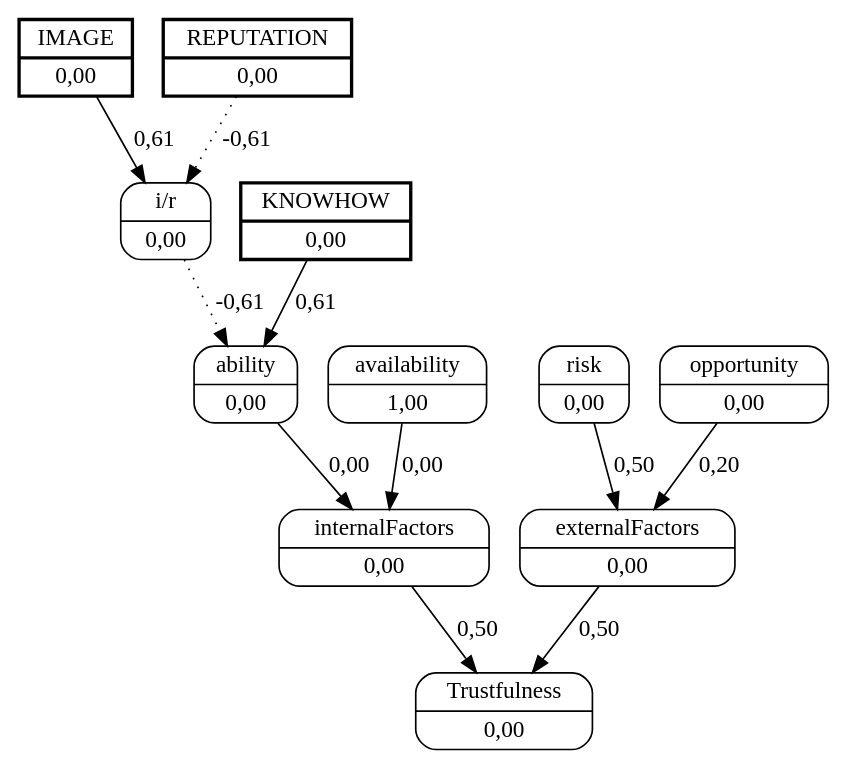
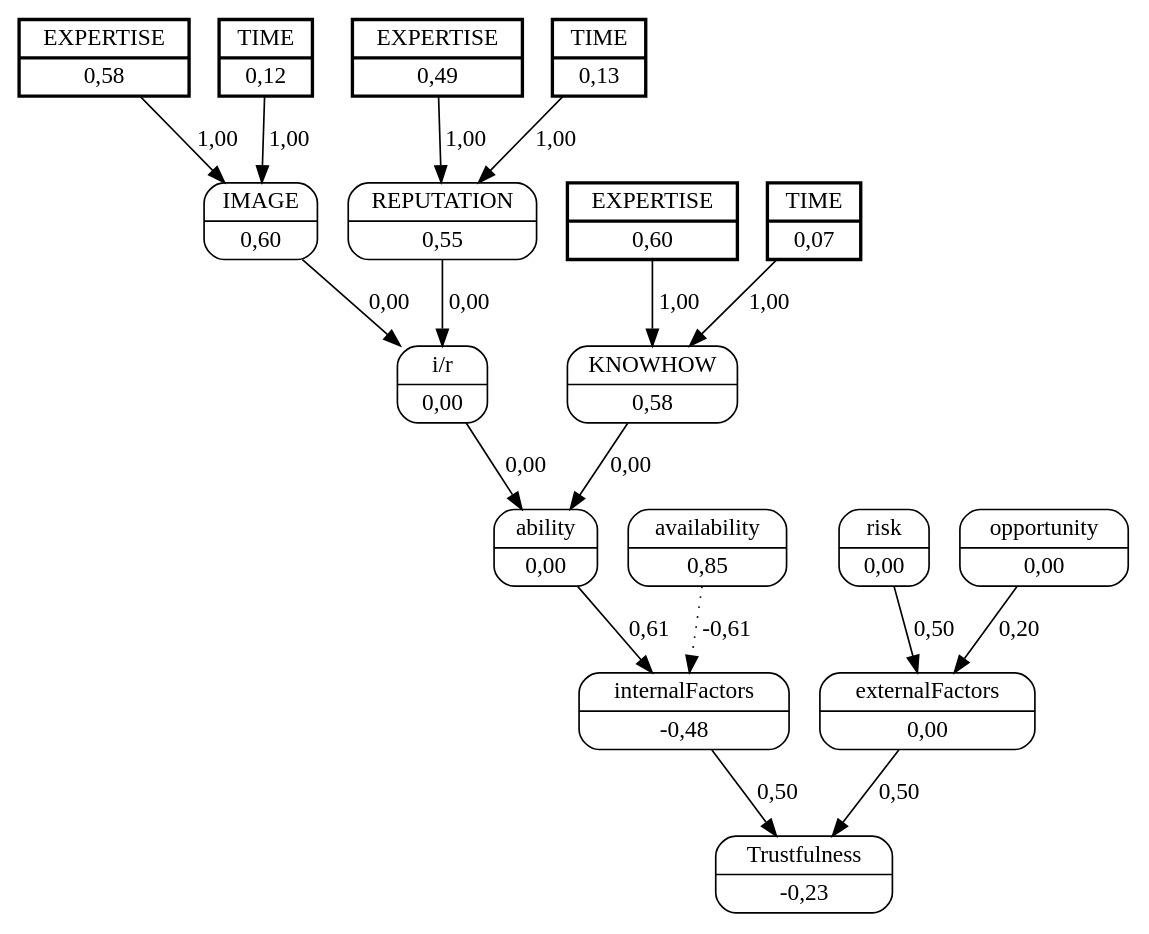
The diagram in unload_boxes/dots/worker_1helper_5.dot (jjbaqueta/unload_experiment), drawn with Graphviz before and after one commit. The commit also changed 92 other files, not shown here.

```diff
--- a/unload_boxes/dots/worker_1helper_5.dot
+++ b/unload_boxes/dots/worker_1helper_5.dot
@@ -1,25 +1,38 @@
 digraph FCM_net{
 	node [shape=record, style=rounded]
-	0 [label="{IMAGE | 0,00}", style=bold, penwidth=2, peripheries=2];
-	1 [label="{REPUTATION | 0,00}", style=bold, penwidth=2, peripheries=2];
-	2 [label="{KNOWHOW | 0,00}", style=bold, penwidth=2, peripheries=2];
-	0 [label="{IMAGE | 0,00}"];
+	11 [label="{EXPERTISE | 0,58}", style=bold, penwidth=2, peripheries=2];
+	12 [label="{TIME | 0,12}", style=bold, penwidth=2, peripheries=2];
+	13 [label="{EXPERTISE | 0,49}", style=bold, penwidth=2, peripheries=2];
+	14 [label="{TIME | 0,13}", style=bold, penwidth=2, peripheries=2];
+	15 [label="{EXPERTISE | 0,60}", style=bold, penwidth=2, peripheries=2];
+	16 [label="{TIME | 0,07}", style=bold, penwidth=2, peripheries=2];
+	0 [label="{IMAGE | 0,60}"];
+	1 [label="{REPUTATION | 0,55}"];
+	2 [label="{KNOWHOW | 0,58}"];
 	3 [label="{i/r | 0,00}"];
 	4 [label="{ability | 0,00}"];
-	5 [label="{availability | 1,00}"];
-	6 [label="{internalFactors | 0,00}"];
+	5 [label="{availability | 0,85}"];
+	6 [label="{internalFactors | -0,48}"];
 	7 [label="{risk | 0,00}"];
 	8 [label="{opportunity | 0,00}"];
 	9 [label="{externalFactors | 0,00}"];
-	10 [label="{Trustfulness | 0,00}"];
-	0 -> 3 [label = "0,61"];
-	1 -> 3 [label = "-0,61", style=dotted];
-	3 -> 4 [label = "-0,61", style=dotted];
-	2 -> 4 [label = "0,61"];
-	4 -> 6 [label = "0,00"];
-	5 -> 6 [label = "0,00"];
+	10 [label="{Trustfulness | -0,23}"];
+	11 [label="{EXPERTISE | 0,58}"];
+	13 [label="{EXPERTISE | 0,49}"];
+	0 -> 3 [label = "0,00"];
+	1 -> 3 [label = "0,00"];
+	3 -> 4 [label = "0,00"];
+	2 -> 4 [label = "0,00"];
+	4 -> 6 [label = "0,61"];
+	5 -> 6 [label = "-0,61", style=dotted];
 	6 -> 10 [label = "0,50"];
 	7 -> 9 [label = "0,50"];
 	8 -> 9 [label = "0,20"];
 	9 -> 10 [label = "0,50"];
+	11 -> 0 [label = "1,00"];
+	12 -> 0 [label = "1,00"];
+	13 -> 1 [label = "1,00"];
+	14 -> 1 [label = "1,00"];
+	15 -> 2 [label = "1,00"];
+	16 -> 2 [label = "1,00"];
 }
```
